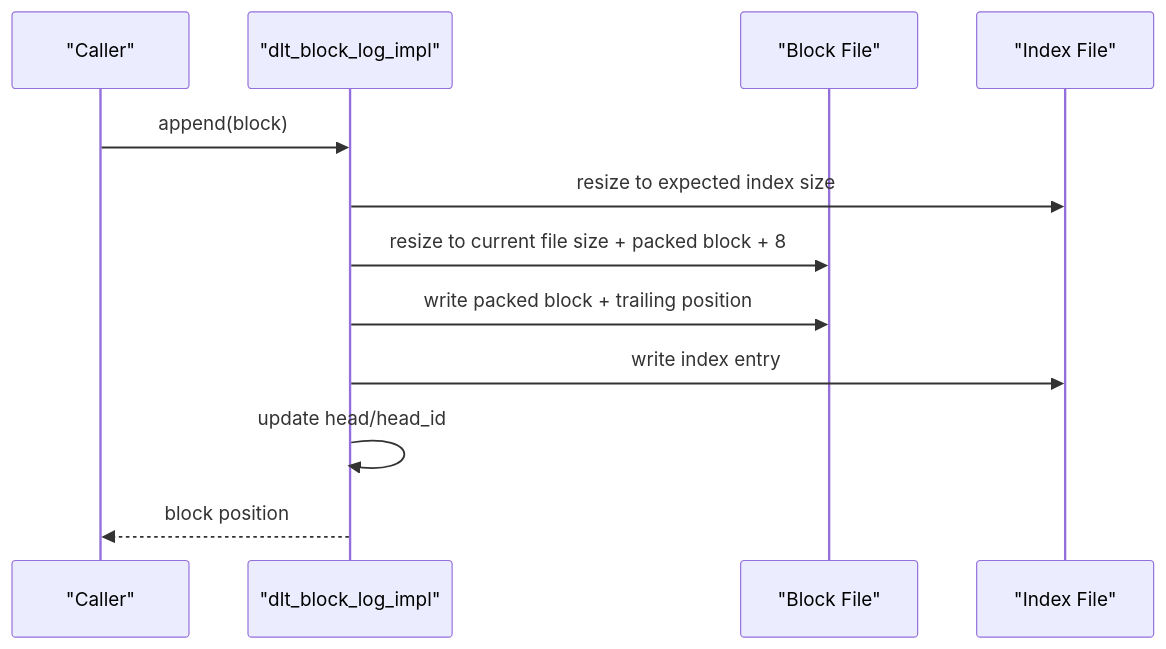
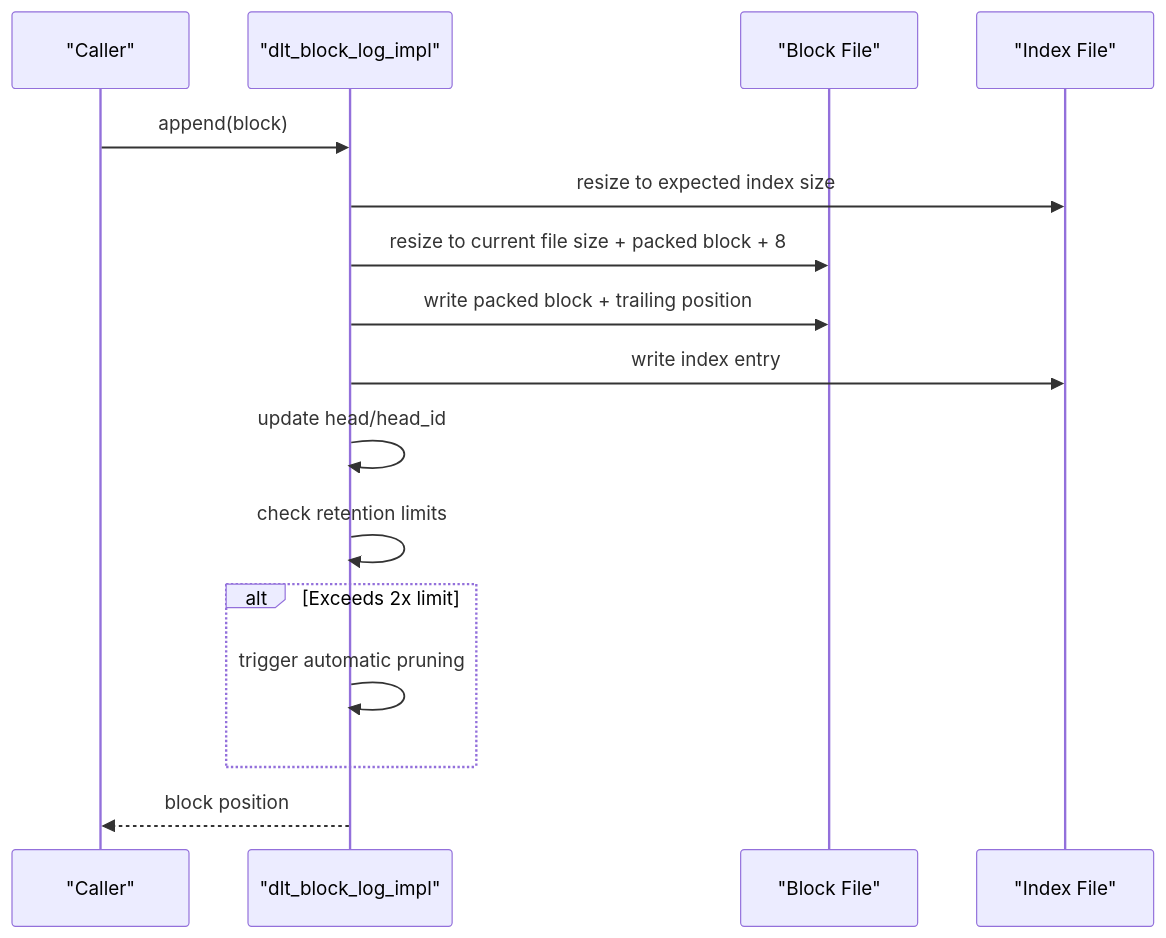
One commit to VIZ-Blockchain/viz-cpp-node changed the fifth of 8 diagrams in .qoder/repowiki/en/content/Architecture Overview/Core Libraries/Chain Library/Database Management/DLT Rolling Block Log.md. Above: the diagram before and after it, drawn with Mermaid. The commit also changed other lines of this file and 4 other files, not shown here.

````diff
--- a/.qoder/repowiki/en/content/Architecture Overview/Core Libraries/Chain Library/Database Management/DLT Rolling Block Log.md
+++ b/.qoder/repowiki/en/content/Architecture Overview/Core Libraries/Chain Library/Database Management/DLT Rolling Block Log.md
@@ -186,14 +200,18 @@
 ```mermaid
 sequenceDiagram
 participant Client as "Caller"
 participant DLT as "dlt_block_log_impl"
 participant BF as "Block File"
 participant IF as "Index File"
 Client->>DLT : append(block)
 DLT->>IF : resize to expected index size
 DLT->>BF : resize to current file size + packed block + 8
 DLT->>BF : write packed block + trailing position
 DLT->>IF : write index entry
 DLT->>DLT : update head/head_id
+DLT->>DLT : check retention limits
+alt Exceeds 2x limit
+DLT->>DLT : trigger automatic pruning
+end
 DLT-->>Client : block position
 ```
````
